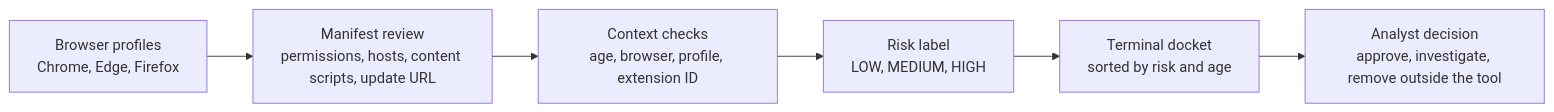
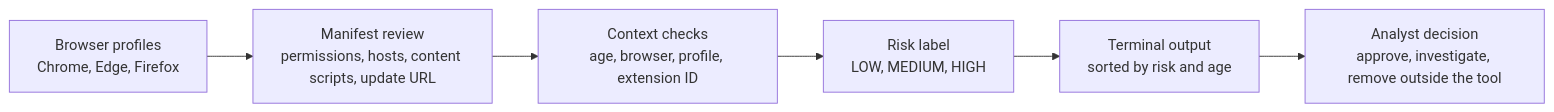
Before and after one commit to srkyn/browser-bailiff: the diagram in README.md, drawn with Mermaid. The commit also changed other lines of this file and 2 other files, not shown here.

````diff
--- a/README.md
+++ b/README.md
@@ -49,8 +48,8 @@
 ```mermaid
 flowchart LR
     Profiles["Browser profiles<br/>Chrome, Edge, Firefox"] --> Manifests["Manifest review<br/>permissions, hosts, content scripts, update URL"]
     Manifests --> Context["Context checks<br/>age, browser, profile, extension ID"]
     Context --> Risk["Risk label<br/>LOW, MEDIUM, HIGH"]
-    Risk --> Docket["Terminal docket<br/>sorted by risk and age"]
-    Docket --> Analyst["Analyst decision<br/>approve, investigate, remove outside the tool"]
+    Risk --> Output["Terminal output<br/>sorted by risk and age"]
+    Output --> Analyst["Analyst decision<br/>approve, investigate, remove outside the tool"]
 ```
````
